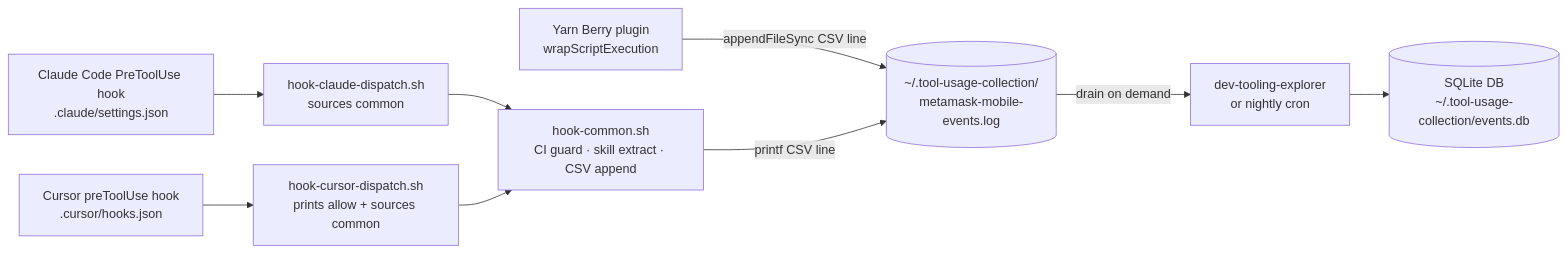
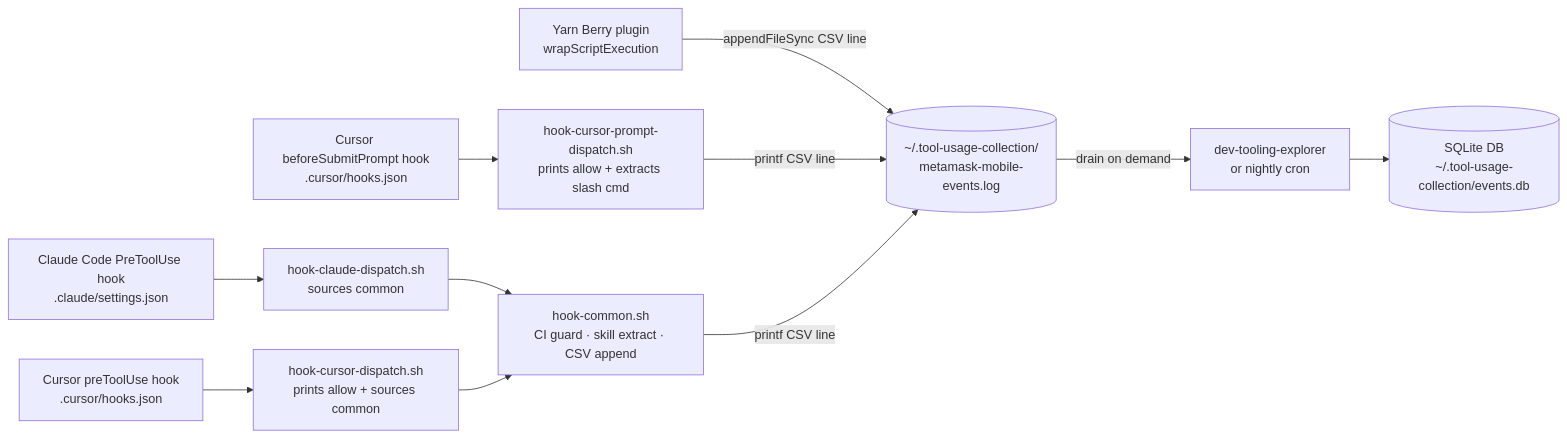
One commit to MetaMask/metamask-mobile changed the diagram in scripts/tooling/README.md. Above: the diagram before and after it, drawn with Mermaid. The commit also changed other lines of this file and 4 other files, not shown here.

First line of the commit message:
feat: add beforeSubmitPrompt hook for Cursor to handle slash command prompts

````diff
--- a/scripts/tooling/README.md
+++ b/scripts/tooling/README.md
@@ -50,18 +50,21 @@
 ```mermaid
 flowchart LR
     yarn[Yarn Berry plugin\nwrapScriptExecution]
     claude[Claude Code PreToolUse hook\n.claude/settings.json]
-    cursor[Cursor preToolUse hook\n.cursor/hooks.json]
+    cursor_pretool[Cursor preToolUse hook\n.cursor/hooks.json]
+    cursor_prompt[Cursor beforeSubmitPrompt hook\n.cursor/hooks.json]
     cursor_entry[hook-cursor-dispatch.sh\nprints allow + sources common]
+    cursor_prompt_entry[hook-cursor-prompt-dispatch.sh\nprints allow + extracts slash cmd]
     claude_entry[hook-claude-dispatch.sh\nsources common]
     common[hook-common.sh\nCI guard · skill extract · CSV append]
     log[(~/.tool-usage-collection/\nmetamask-mobile-events.log)]
     explorer[dev-tooling-explorer\nor nightly cron]
     db[(SQLite DB\n~/.tool-usage-collection/events.db)]
 
     yarn -->|appendFileSync CSV line| log
     claude --> claude_entry --> common
-    cursor --> cursor_entry --> common
+    cursor_pretool --> cursor_entry --> common
+    cursor_prompt --> cursor_prompt_entry -->|printf CSV line| log
     common -->|printf CSV line| log
     log -->|drain on demand| explorer --> db
 ```
````
